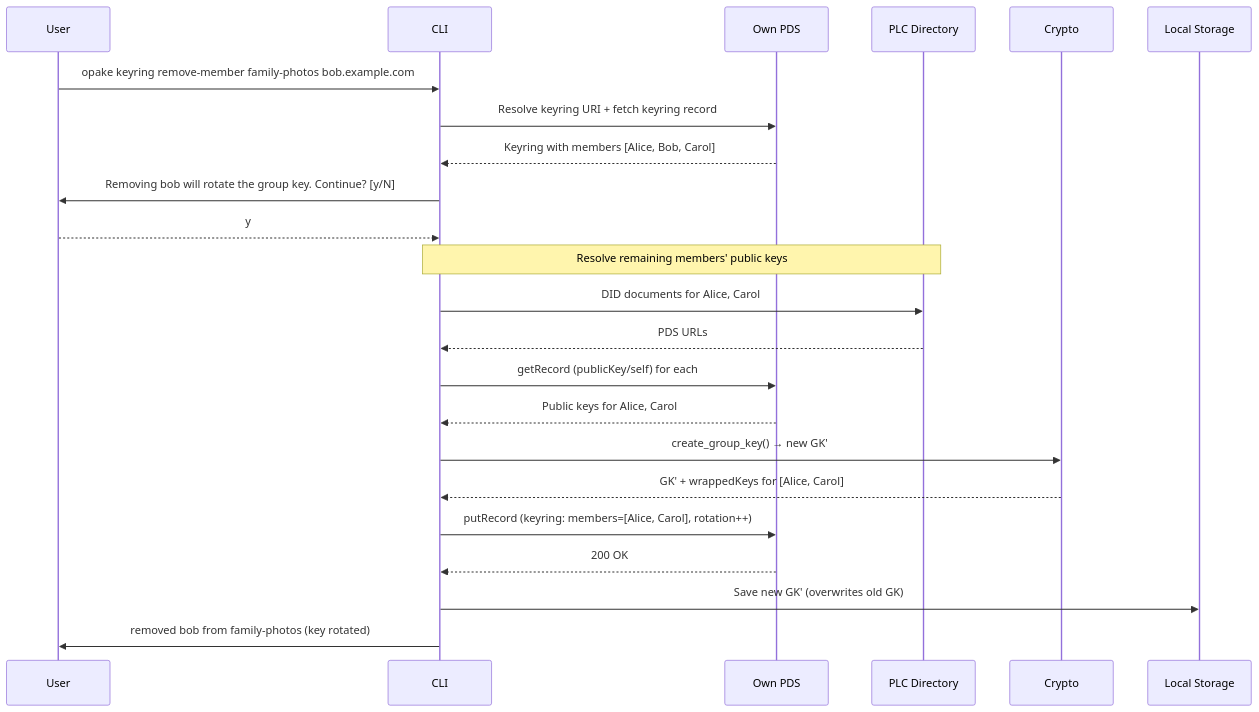
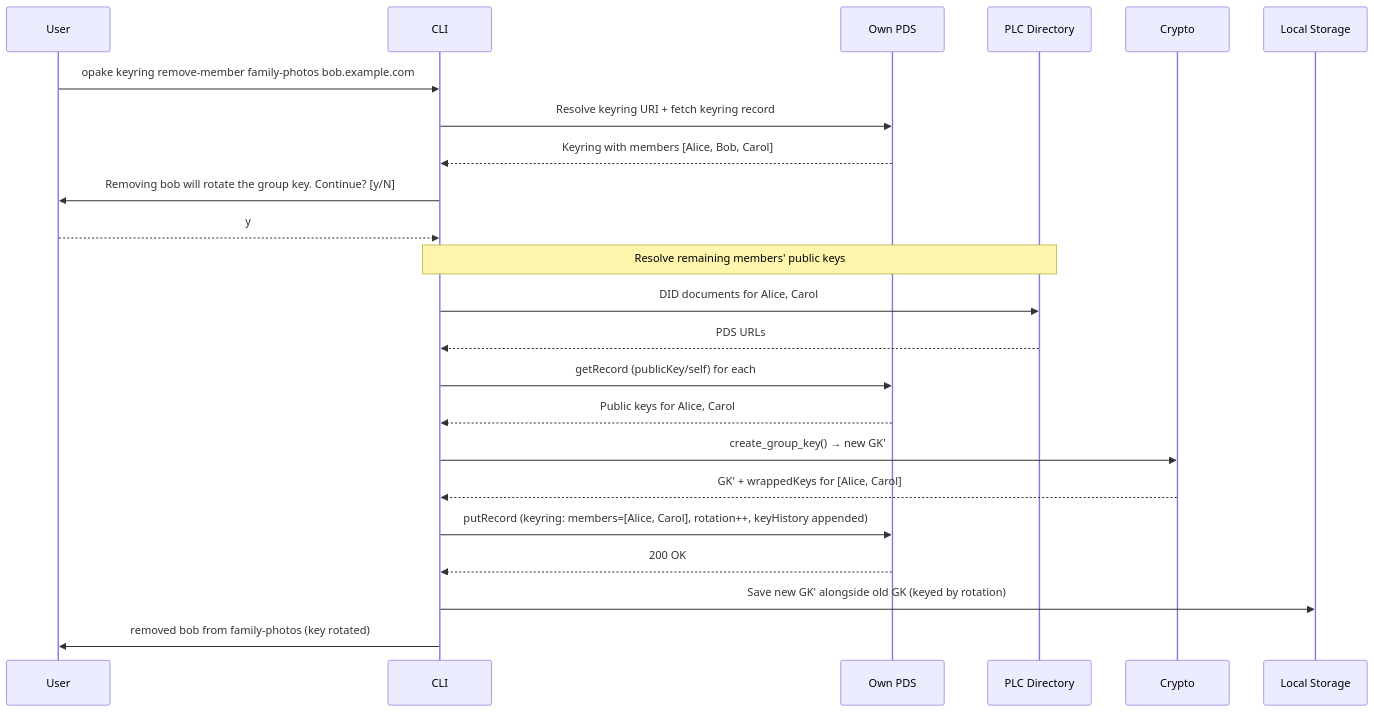
One commit to Sans-Self/Opake changed diagram 18 of 28 in docs/FLOWS.md. Above: the diagram before and after it, drawn with Mermaid. The commit also changed other lines of this file and 14 other files, not shown here.

First line of the commit message:
Add keyring rotation history to preserve pre-rotation document access

````diff
--- a/docs/FLOWS.md
+++ b/docs/FLOWS.md
@@ -477,33 +477,33 @@
 ```mermaid
 sequenceDiagram
     participant User
     participant CLI
     participant PDS as Own PDS
     participant PLC as PLC Directory
     participant Crypto
     participant Disk as Local Storage
 
     User->>CLI: opake keyring remove-member family-photos bob.example.com
 
     CLI->>PDS: Resolve keyring URI + fetch keyring record
     PDS-->>CLI: Keyring with members [Alice, Bob, Carol]
 
     CLI->>User: Removing bob will rotate the group key. Continue? [y/N]
     User-->>CLI: y
 
     Note over CLI,PLC: Resolve remaining members' public keys
     CLI->>PLC: DID documents for Alice, Carol
     PLC-->>CLI: PDS URLs
     CLI->>PDS: getRecord (publicKey/self) for each
     PDS-->>CLI: Public keys for Alice, Carol
 
     CLI->>Crypto: create_group_key() → new GK'
     Crypto-->>CLI: GK' + wrappedKeys for [Alice, Carol]
 
-    CLI->>PDS: putRecord (keyring: members=[Alice, Carol], rotation++)
+    CLI->>PDS: putRecord (keyring: members=[Alice, Carol], rotation++, keyHistory appended)
     PDS-->>CLI: 200 OK
 
-    CLI->>Disk: Save new GK' (overwrites old GK)
+    CLI->>Disk: Save new GK' alongside old GK (keyed by rotation)
 
     CLI->>User: removed bob from family-photos (key rotated)
 ```
````
